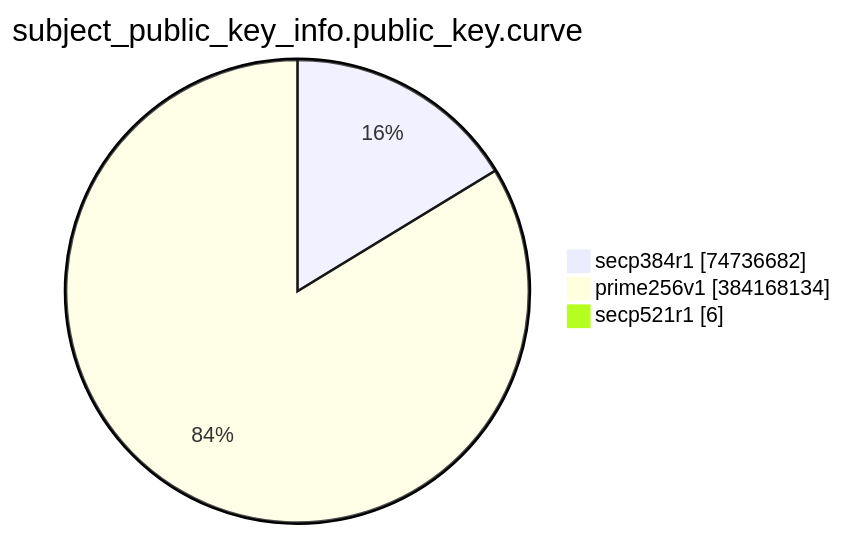
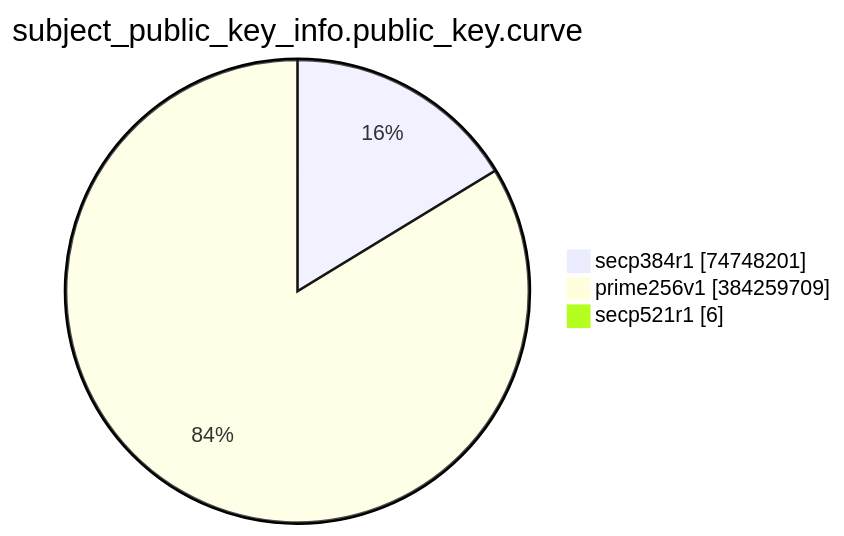
Before and after one commit to christiankrug/ctmonitor_visualization: the eighth of 15 diagrams in TOTAL/README.md, drawn with Mermaid. The commit also changed other lines of this file, not shown here.

````diff
--- a/TOTAL/README.md
+++ b/TOTAL/README.md
@@ -3094,7 +3094,7 @@
 ```mermaid
 pie showData
 title subject_public_key_info.public_key.curve
-"secp384r1" :74736682
-"prime256v1" :384168134
+"secp384r1" :74748201
+"prime256v1" :384259709
 "secp521r1" :6
 ```
````
